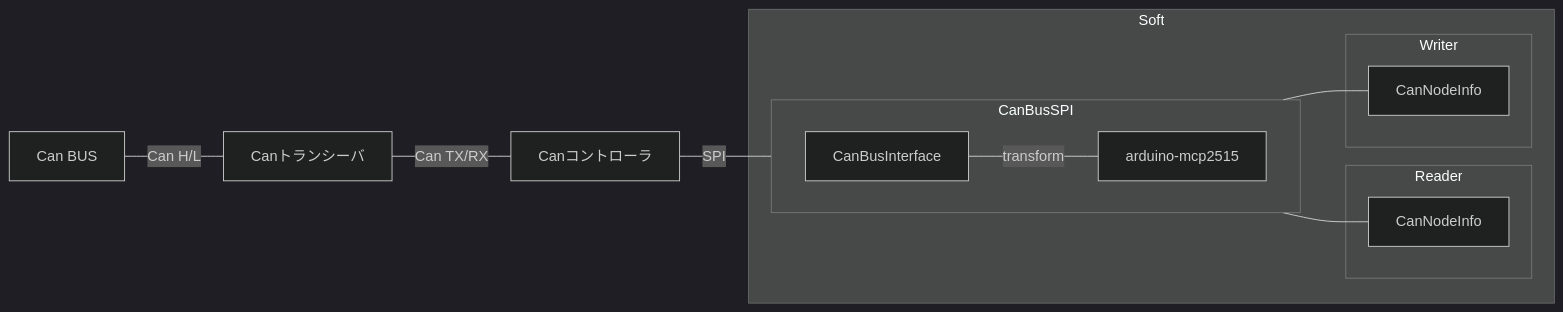
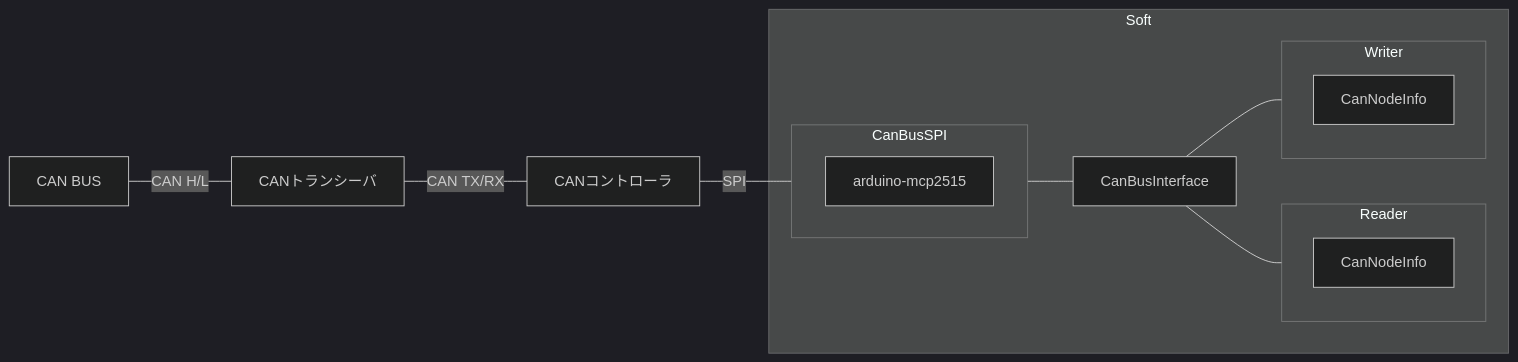
One commit to udonrobo/UdonLibrary changed the second of 2 diagrams in dev/com/can/CANBus/README.md. Above: the diagram before and after it, drawn with Mermaid (dark theme). The commit also changed other lines of this file and 6 other files, not shown here.

````diff
--- a/dev/com/can/CANBus/README.md
+++ b/dev/com/can/CANBus/README.md
@@ -227,29 +223,28 @@
 ```mermaid
 flowchart LR
 
-	bus[Can BUS] --- |Can H/L|Canトランシーバ --- |Can TX/RX|Canコントローラ --- |SPI|lib
+	bus[CAN BUS] --- |CAN H/L|CANトランシーバ --- |CAN TX/RX|CANコントローラ --- |SPI|CanBusSPI
 
     subgraph Soft
 
         subgraph CanBusSPI
             direction RL
             lib[arduino-mcp2515]
-            CanBusInterface
         end
 
-        lib --- |transform|CanBusInterface
+        CanBusSPI --- CanBusInterface
 
-        CanBusInterface --- reader
+        CanBusInterface --- Reader
 
-        CanBusInterface --- writer
+        CanBusInterface --- Writer
 
         subgraph Reader
             reader[CanNodeInfo]
         end
         subgraph Writer
             writer[CanNodeInfo]
         end
 
     end
 
 ```
````
